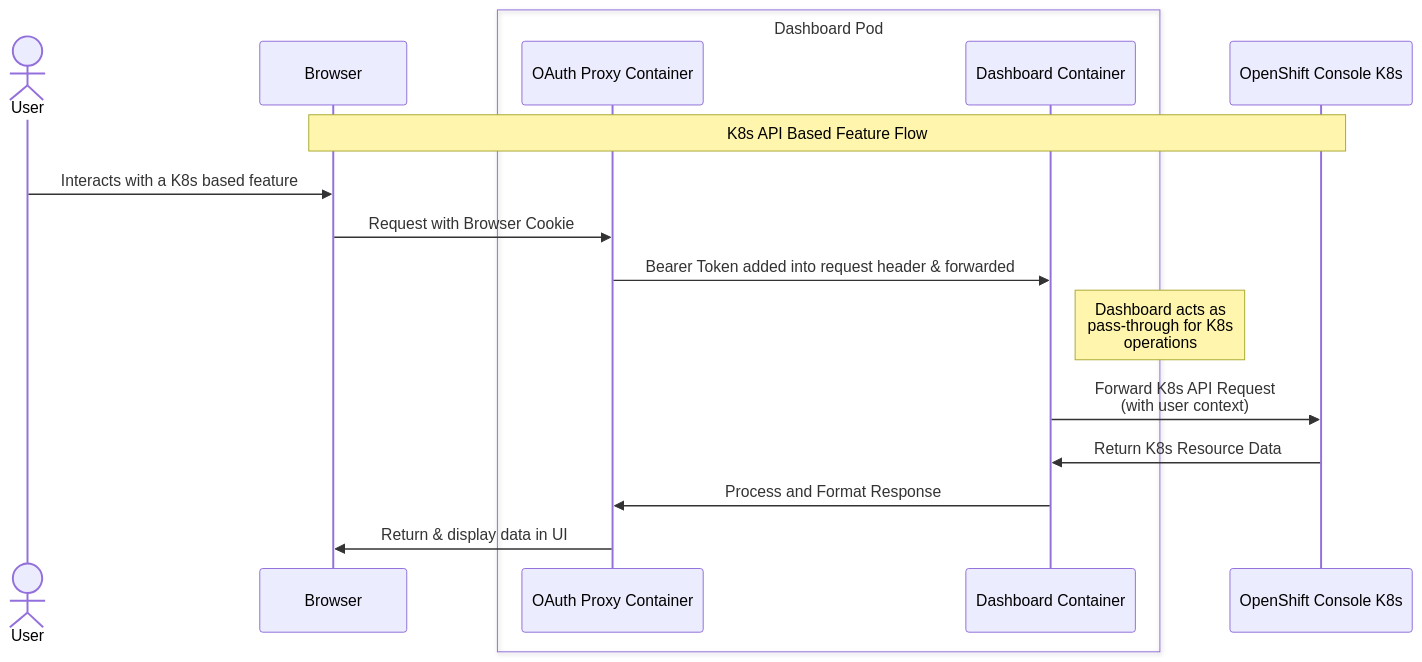
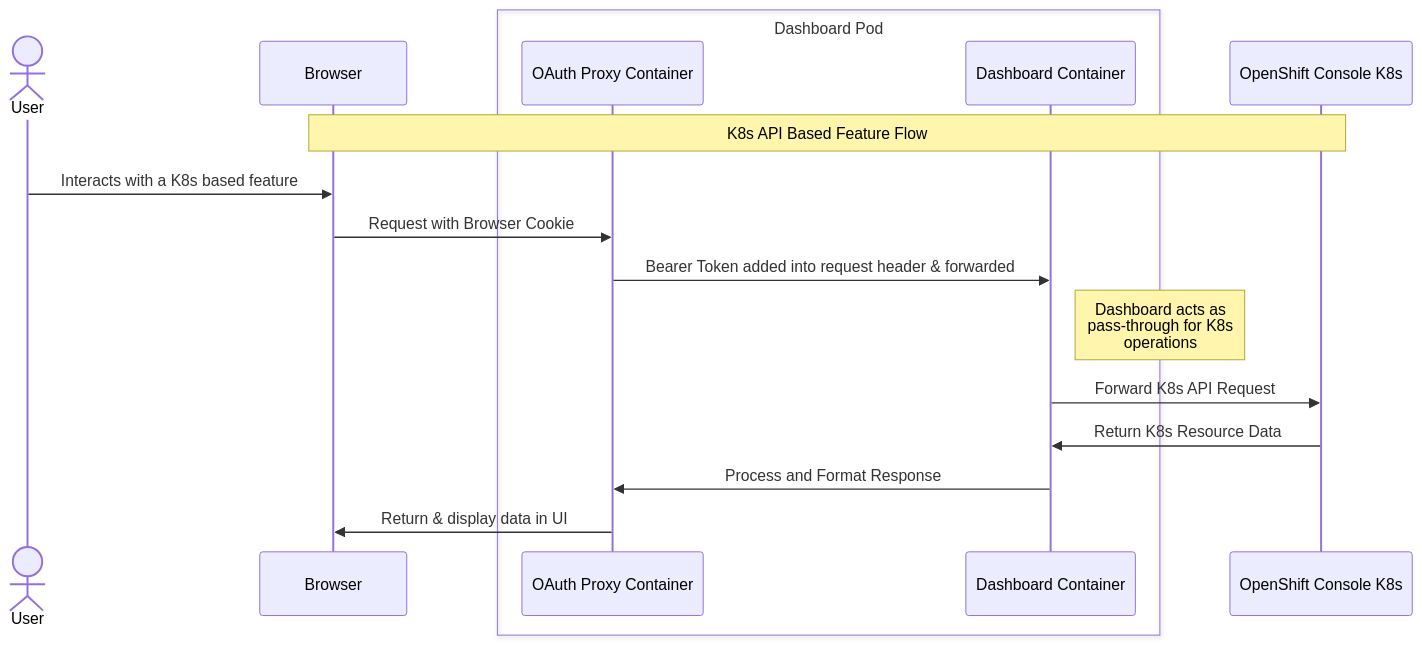
The third of 4 diagrams in documentation/components/dashboard/README.md (opendatahub-io/architecture-decision-records), drawn with Mermaid before and after one commit.

````diff
--- a/documentation/components/dashboard/README.md
+++ b/documentation/components/dashboard/README.md
@@ -88,23 +88,23 @@
 ```mermaid
 sequenceDiagram
     actor User
     participant Browser
     box Dashboard Pod
     participant OAuthProxy as OAuth Proxy Container
     participant Dashboard as Dashboard Container
     end
     participant OpenShift as OpenShift Console K8s
 
     Note over Browser,OpenShift: K8s API Based Feature Flow
     
     User->>Browser: Interacts with a K8s based feature
     Browser->>OAuthProxy: Request with Browser Cookie
     OAuthProxy->>Dashboard: Bearer Token added into request header & forwarded
     
     Note right of Dashboard: Dashboard acts as<br/>pass-through for K8s<br/>operations
     
-    Dashboard->>OpenShift: Forward K8s API Request<br/>(with user context)
+    Dashboard->>OpenShift: Forward K8s API Request
     OpenShift->>Dashboard: Return K8s Resource Data
     Dashboard->>OAuthProxy: Process and Format Response
     OAuthProxy->>Browser: Return & display data in UI
 ```
````
